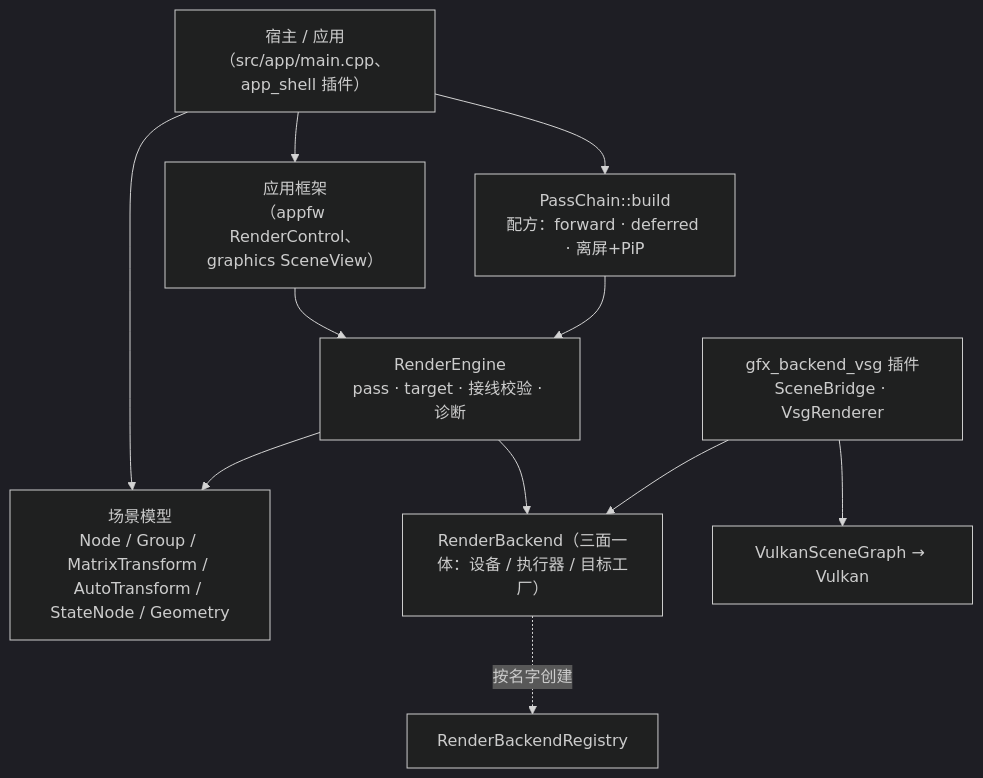
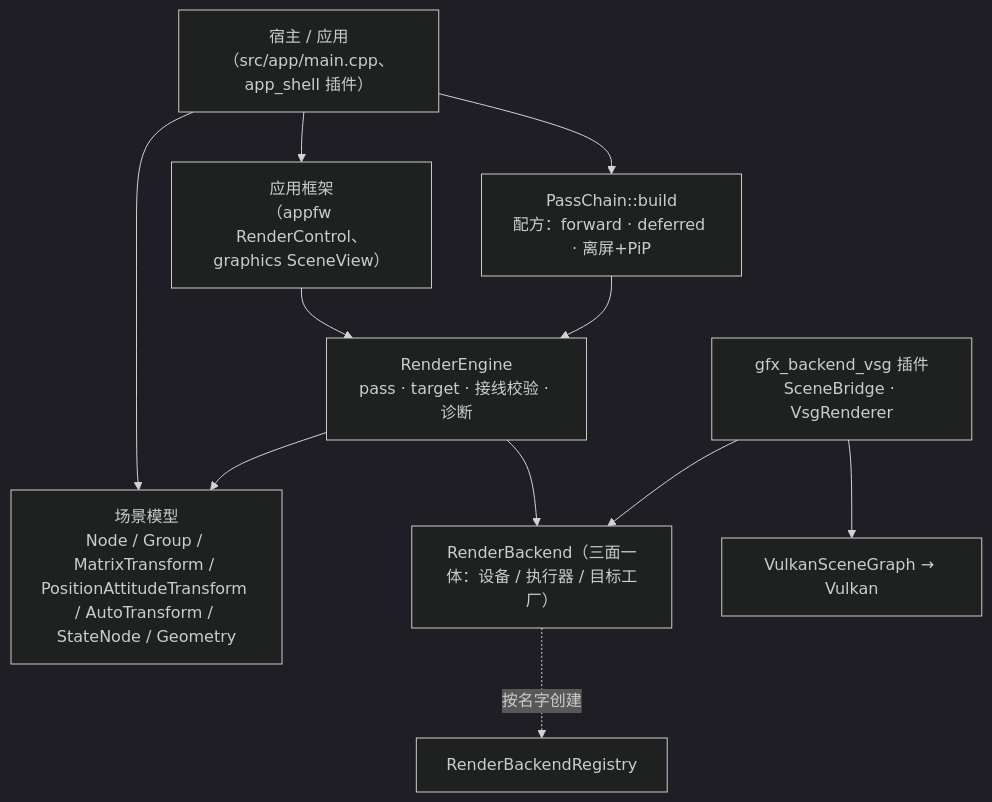
Before and after one commit to lonelyong/Vine: the diagram in docs/guides/graphics.md, drawn with Mermaid (dark theme). The commit also changed other lines of this file and 15 other files, not shown here.

First line of the commit message:
feat(graphics): AutoTransform is the OSG billboard; TRS is PositionAttitudeTransform

````diff
--- a/docs/guides/graphics.md
+++ b/docs/guides/graphics.md
@@ -15,20 +15,20 @@
 ```mermaid
 graph TB
     Host["宿主 / 应用<br/>（src/app/main.cpp、app_shell 插件）"]
     UI["应用框架<br/>（appfw RenderControl、graphics SceneView）"]
     Engine["RenderEngine<br/>pass · target · 接线校验 · 诊断"]
-    Scene["场景模型<br/>Node / Group / MatrixTransform / AutoTransform / StateNode / Geometry"]
+    Scene["场景模型<br/>Node / Group / MatrixTransform / PositionAttitudeTransform / AutoTransform / StateNode / Geometry"]
     Builder["PassChain::build<br/>配方：forward · deferred · 离屏+PiP"]
     BackendIface["RenderBackend（三面一体：设备 / 执行器 / 目标工厂）"]
     Plugin["gfx_backend_vsg 插件<br/>SceneBridge · VsgRenderer"]
     VSG["VulkanSceneGraph → Vulkan"]
 
     Host --> UI --> Engine
     Host --> Scene
     Host --> Builder --> Engine
     Engine --> Scene
     Engine --> BackendIface
     BackendIface -. 按名字创建 .-> Registry["RenderBackendRegistry"]
     Plugin --> BackendIface
     Plugin --> VSG
 ```
````
